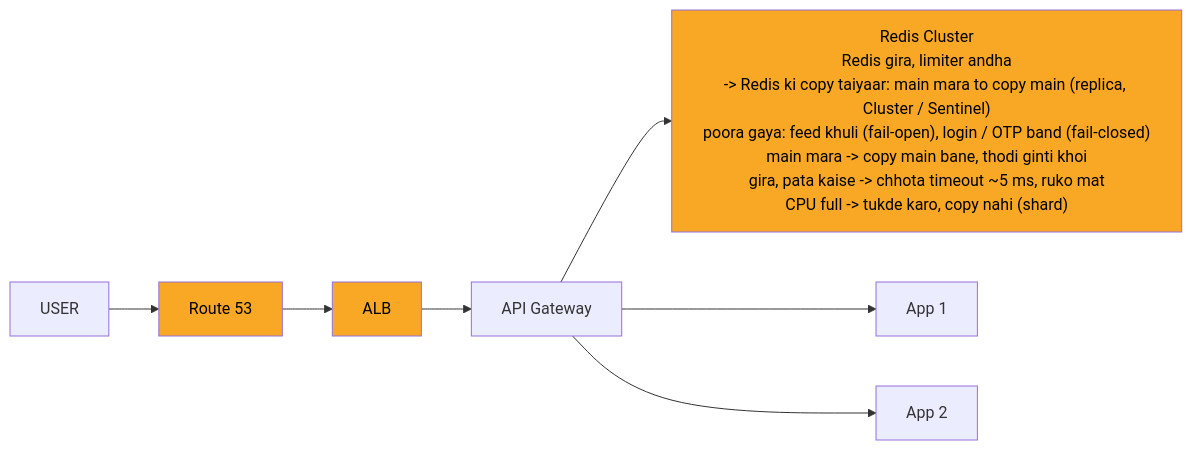
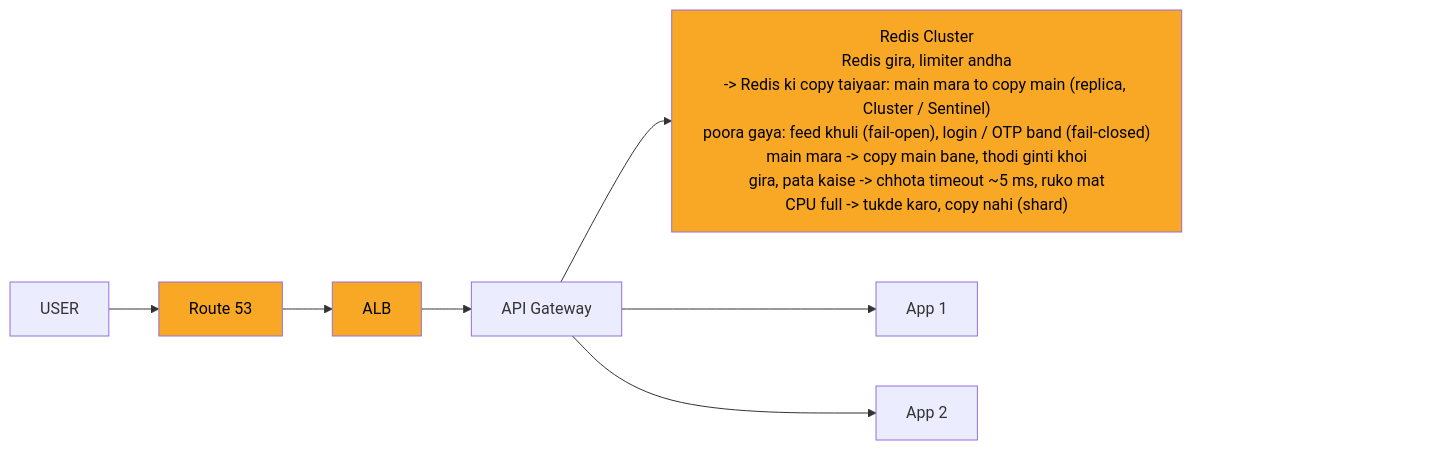
One commit to ArpanMaheshwari144/Prep changed the fifth of 11 diagrams in 04_HLD/SYSTEM_DESIGNS/02_rate_limiter/02_rate_limiter.md. Above: the diagram before and after it, drawn with Mermaid. The commit also changed other lines of this file and 13 other files, not shown here.

Commit message:
hld 14 file: har diagram ke daayein andekha dabba, zoom button asli dabbe pe na aaye

````diff
--- a/04_HLD/SYSTEM_DESIGNS/02_rate_limiter/02_rate_limiter.md
+++ b/04_HLD/SYSTEM_DESIGNS/02_rate_limiter/02_rate_limiter.md
@@ -221,20 +233,23 @@
 ```mermaid
 %%{init: {"flowchart": {"wrappingWidth": 450}}}%%
 flowchart LR
     n_USER["USER"]
     n_Route_53["Route 53"]
     n_ALB["ALB"]
     n_API_Gateway["API Gateway"]
     n_Redis_Cluster["Redis Cluster<br/>Redis gira, limiter andha<br/>-> Redis ki copy taiyaar: main mara to copy main (replica, Cluster / Sentinel)<br/>poora gaya: feed khuli (fail-open), login / OTP band (fail-closed)<br/>main mara -> copy main bane, thodi ginti khoi<br/>gira, pata kaise -> chhota timeout ~5 ms, ruko mat<br/>CPU full -> tukde karo, copy nahi (shard)"]
     n_App_x_N_1["App 1"]
     n_App_x_N_2["App 2"]
     n_USER --> n_Route_53
     n_Route_53 --> n_ALB
     n_ALB --> n_API_Gateway
     n_API_Gateway --> n_Redis_Cluster
     n_API_Gateway --> n_App_x_N_1
     n_API_Gateway --> n_App_x_N_2
+    n_pad["xxxxxxxxxxxxxxxx"]
+    n_Redis_Cluster ~~~ n_pad
     style n_Redis_Cluster fill:#f9a825,color:#000
     style n_Route_53 fill:#f9a825,color:#000
     style n_ALB fill:#f9a825,color:#000
+    style n_pad fill:none,stroke:none,color:#ffffff00
 ```
````
